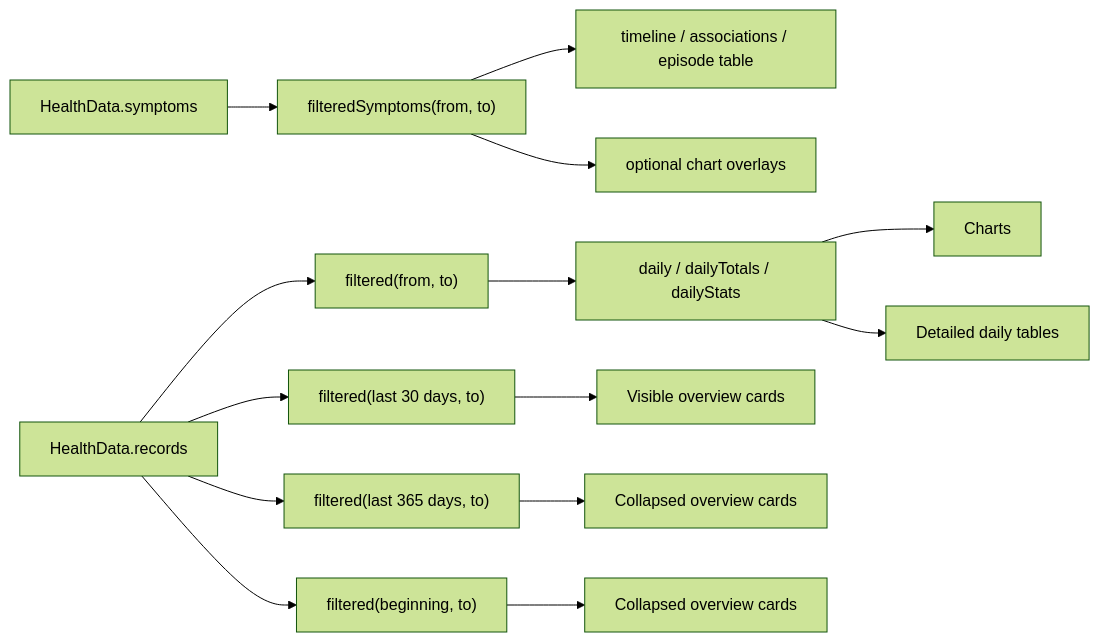
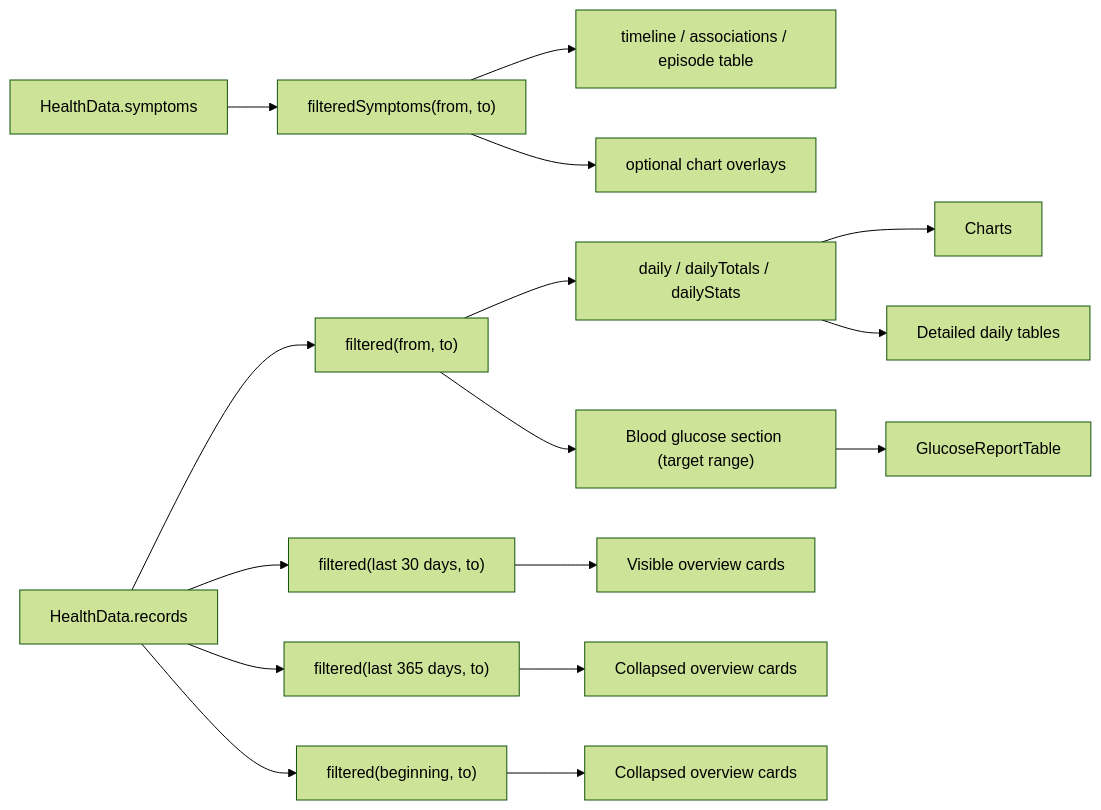
The fourth of 5 diagrams in docs/ARCHITECTURE.md (kiforsbe/ahdreport), drawn with Mermaid (forest theme) before and after one commit. The commit also changed other lines of this file and 2 other files, not shown here.

First line of the commit message:
Wire blood glucose section, detailed table and target range into the report

````diff
--- a/docs/ARCHITECTURE.md
+++ b/docs/ARCHITECTURE.md
@@ -266,17 +292,19 @@
 ```mermaid
 flowchart LR
     Imported["HealthData.records"] --> Selected["filtered(from, to)"]
     ImportedSymptoms["HealthData.symptoms"] --> SelectedSymptoms["filteredSymptoms(from, to)"]
     Imported --> Last30["filtered(last 30 days, to)"]
     Imported --> Last365["filtered(last 365 days, to)"]
     Imported --> AllTime["filtered(beginning, to)"]
 
     Selected --> Daily["daily / dailyTotals / dailyStats"]
     SelectedSymptoms --> SymptomViews["timeline / associations / episode table"]
     SelectedSymptoms --> ChartOverlays["optional chart overlays"]
     Daily --> Charts
     Daily --> DetailTables["Detailed daily tables"]
+    Selected --> GlucoseSection["Blood glucose section (target range)"]
+    GlucoseSection --> GlucoseTable["GlucoseReportTable"]
     Last30 --> Cards30["Visible overview cards"]
     Last365 --> Cards365["Collapsed overview cards"]
     AllTime --> CardsAll["Collapsed overview cards"]
 ```
````
